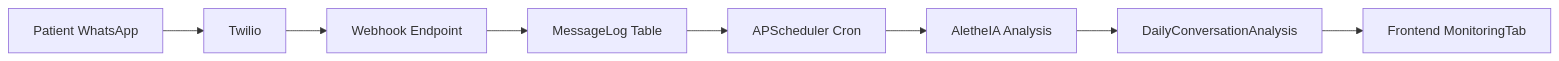
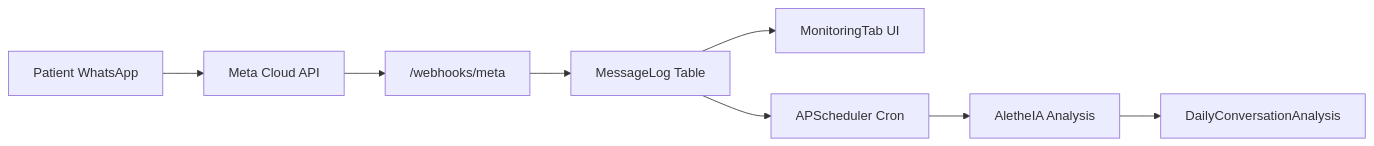
Before and after one commit to HumbertCAT/kuraos: the first of 2 diagrams in docs/manuals/whatsapp-monitoring.md, drawn with Mermaid. The commit also changed other lines of this file and 2 other files, not shown here.

First line of the commit message:
docs: add developer manuals for Meta/WhatsApp and Identity Vault

````diff
--- a/docs/manuals/whatsapp-monitoring.md
+++ b/docs/manuals/whatsapp-monitoring.md
@@ -7,10 +9,10 @@
 ```mermaid
 flowchart LR
-    A[Patient WhatsApp] --> B[Twilio]
-    B --> C[Webhook Endpoint]
+    A[Patient WhatsApp] --> B[Meta Cloud API]
+    B --> C["/webhooks/meta"]
     C --> D[MessageLog Table]
-    D --> E[APScheduler Cron]
-    E --> F[AletheIA Analysis]
-    F --> G[DailyConversationAnalysis]
-    G --> H[Frontend MonitoringTab]
+    D --> E[MonitoringTab UI]
+    D --> F[APScheduler Cron]
+    F --> G[AletheIA Analysis]
+    G --> H[DailyConversationAnalysis]
 ```
````
